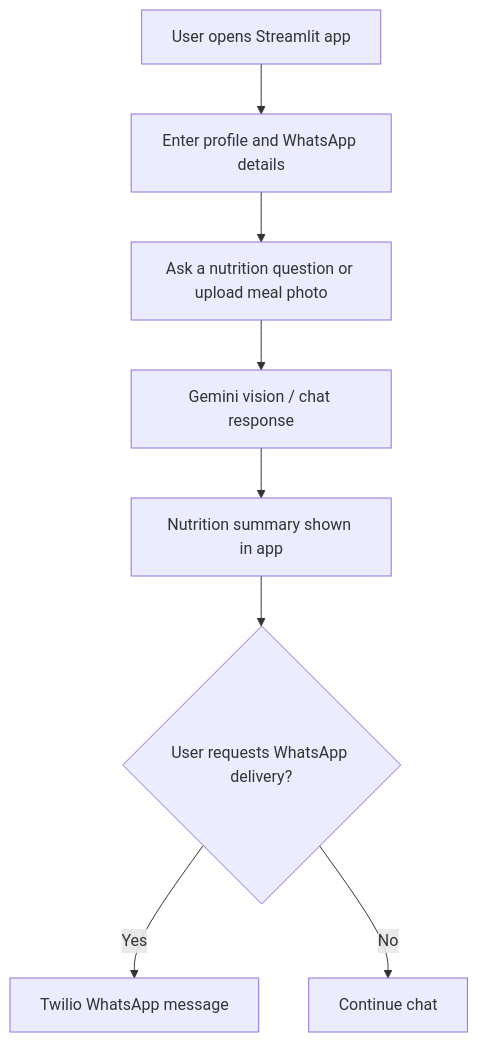
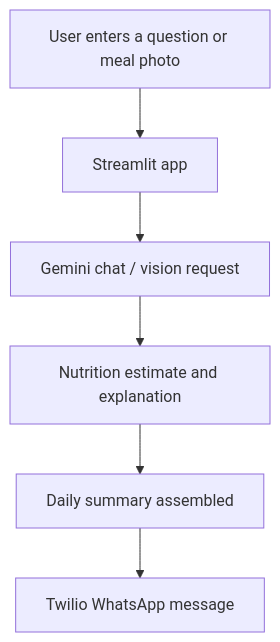
Before and after one commit to MokuLakshithReddy/AI_Vision_Chatbot: the diagram in README.md, drawn with Mermaid. The commit also changed other lines of this file, not shown here.

````diff
--- a/README.md
+++ b/README.md
@@ -18,10 +18,8 @@
 ```mermaid
 flowchart TD
-    U["User opens Streamlit app"] --> I["Enter profile and WhatsApp details"]
-    I --> Q["Ask a nutrition question or upload meal photo"]
-    Q --> G["Gemini vision / chat response"]
-    G --> S["Nutrition summary shown in app"]
-    S --> W{"User requests WhatsApp delivery?"}
-    W -->|"Yes"| T["Twilio WhatsApp message"]
-    W -->|"No"| R["Continue chat"]
+    A["User enters a question or meal photo"] --> B["Streamlit app"]
+    B --> C["Gemini chat / vision request"]
+    C --> D["Nutrition estimate and explanation"]
+    D --> E["Daily summary assembled"]
+    E --> F["Twilio WhatsApp message"]
 ```
````
